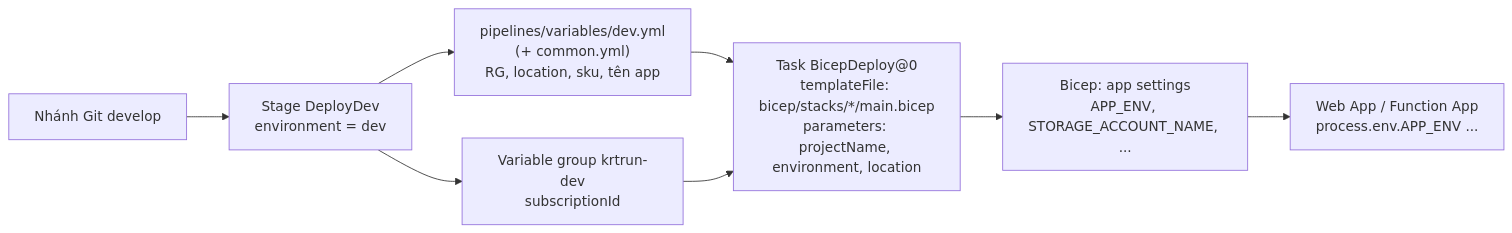
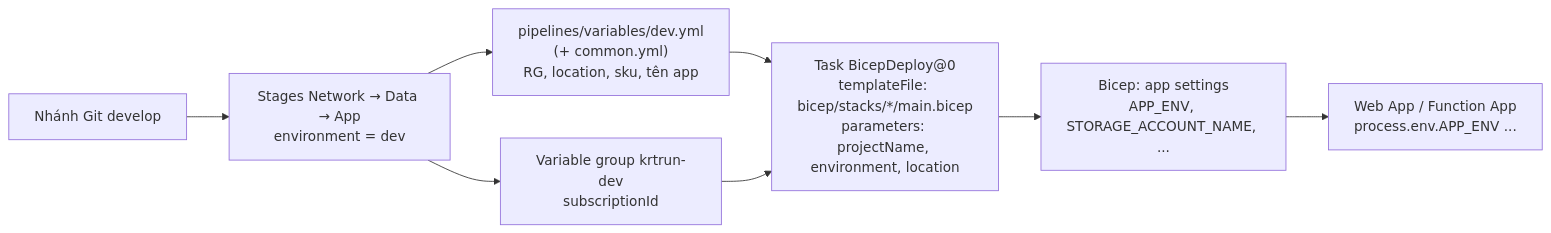
Before and after one commit to qlap04/KRT-run-infra: the first of 3 diagrams in docs/SETUP_vi.md, drawn with Mermaid. The commit also changed other lines of this file and 2 other files, not shown here.

First line of the commit message:
refactor(pipelines): split provision into Network, Data and App stages

````diff
--- a/docs/SETUP_vi.md
+++ b/docs/SETUP_vi.md
@@ -45,10 +45,10 @@
 ```mermaid
 flowchart LR
-  A["Nhánh Git develop"] --> B["Stage DeployDev<br/>environment = dev"]
+  A["Nhánh Git develop"] --> B["Stages Network → Data → App<br/>environment = dev"]
   B --> C["pipelines/variables/dev.yml<br/>(+ common.yml)<br/>RG, location, sku, tên app"]
   B --> G["Variable group krtrun-dev<br/>subscriptionId"]
   C --> D["Task BicepDeploy@0<br/>templateFile: bicep/stacks/*/main.bicep<br/>parameters: projectName, environment, location"]
   G --> D
   D --> E["Bicep: app settings<br/>APP_ENV, STORAGE_ACCOUNT_NAME, ..."]
   E --> F["Web App / Function App<br/>process.env.APP_ENV ..."]
 ```
````
